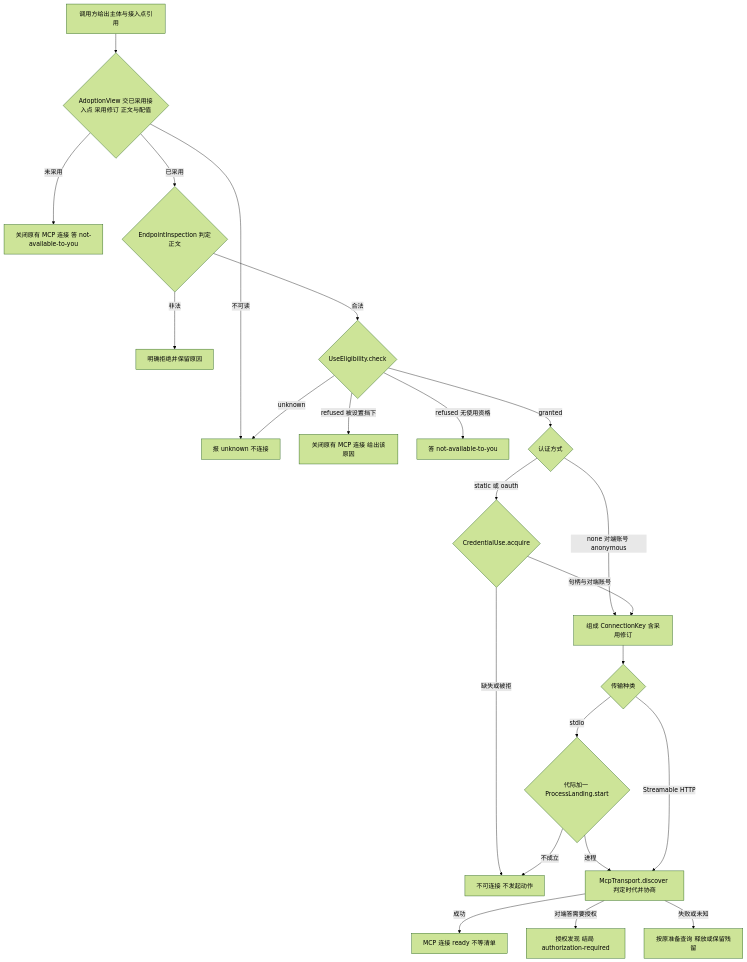
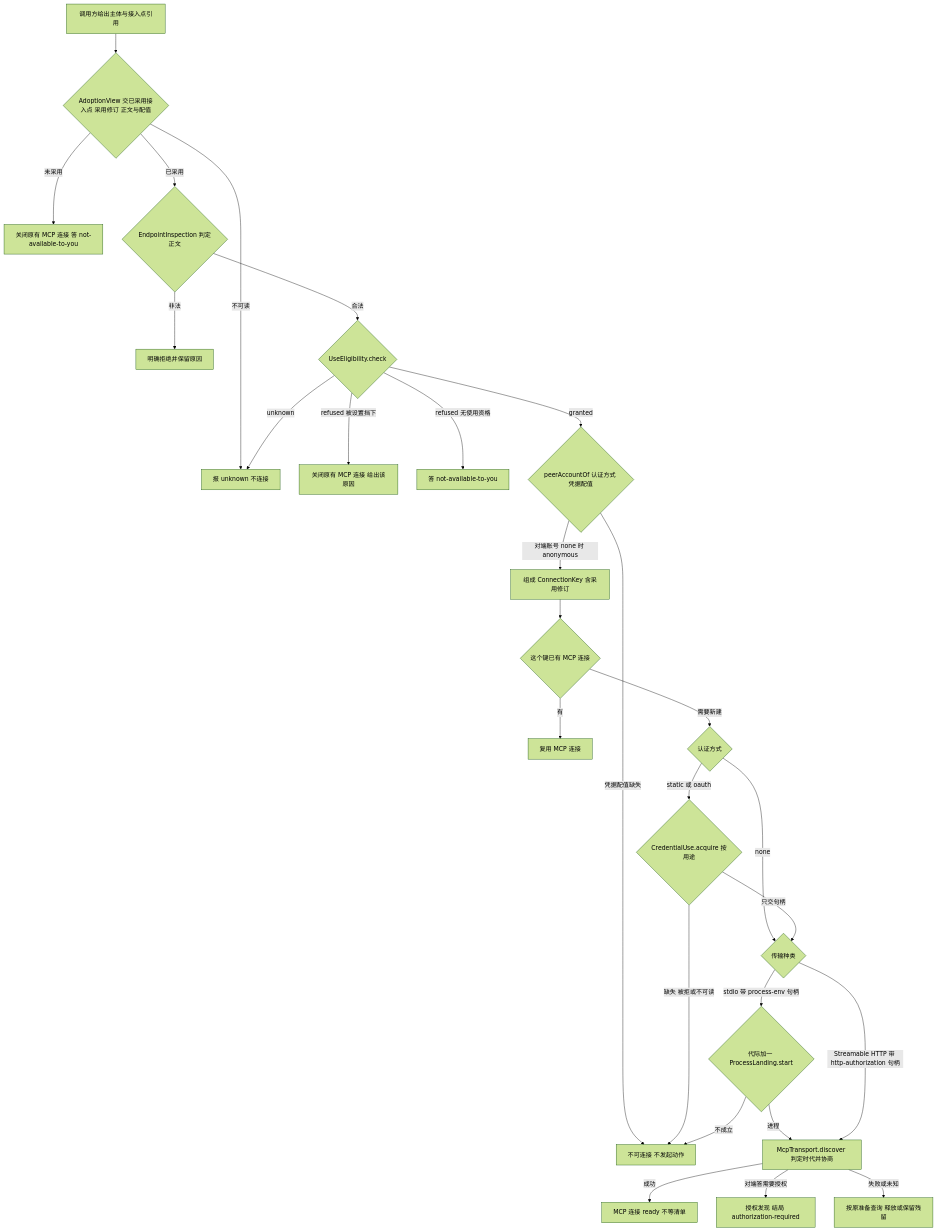
The first of 3 diagrams in packages/mcp/docs/key-flows.md (nemori-ai/omne-harness-lite), drawn with Mermaid (forest theme) before and after one commit. The commit also changed other lines of this file and 4 other files, not shown here.

````diff
--- a/packages/mcp/docs/key-flows.md
+++ b/packages/mcp/docs/key-flows.md
@@ -20,25 +21,29 @@
 ```mermaid
 flowchart TD
     A[调用方给出主体与接入点引用] --> C{AdoptionView 交已采用接入点 采用修订 正文与配值}
     C -->|未采用| X[关闭原有 MCP 连接 答 not-available-to-you]
     C -->|不可读| N[报 unknown 不连接]
     C -->|已采用| B{EndpointInspection 判定正文}
     B -->|非法| R[明确拒绝并保留原因]
     B -->|合法| Q{UseEligibility.check}
     Q -->|refused 被设置挡下| Y[关闭原有 MCP 连接 给出该原因]
     Q -->|refused 无使用资格| V[答 not-available-to-you]
     Q -->|unknown| N
-    Q -->|granted| M{认证方式}
-    M -->|none 对端账号 anonymous| K[组成 ConnectionKey 含采用修订]
-    M -->|static 或 oauth| D{CredentialUse.acquire}
-    D -->|缺失或被拒| U[不可连接 不发起动作]
-    D -->|句柄与对端账号| K
-    K --> S{传输种类}
-    S -->|stdio| L{代际加一 ProcessLanding.start}
+    Q -->|granted| P{peerAccountOf 认证方式 凭据配值}
+    P -->|凭据配值缺失| U[不可连接 不发起动作]
+    P -->|对端账号 none 时 anonymous| K[组成 ConnectionKey 含采用修订]
+    K --> W{这个键已有 MCP 连接}
+    W -->|有| O[复用 MCP 连接]
+    W -->|需要新建| M{认证方式}
+    M -->|none| S{传输种类}
+    M -->|static 或 oauth| D{CredentialUse.acquire 按用途}
+    D -->|缺失 被拒或不可读| U
+    D -->|只交句柄| S
+    S -->|stdio 带 process-env 句柄| L{代际加一 ProcessLanding.start}
     L -->|不成立| U
     L -->|进程| E[McpTransport.discover 判定时代并协商]
-    S -->|Streamable HTTP| E
+    S -->|Streamable HTTP 带 http-authorization 句柄| E
     E -->|成功| G[MCP 连接 ready 不等清单]
     E -->|对端答需要授权| Z[授权发现 结局 authorization-required]
     E -->|失败或未知| H[按原准备查询 释放或保留残留]
 ```
````
